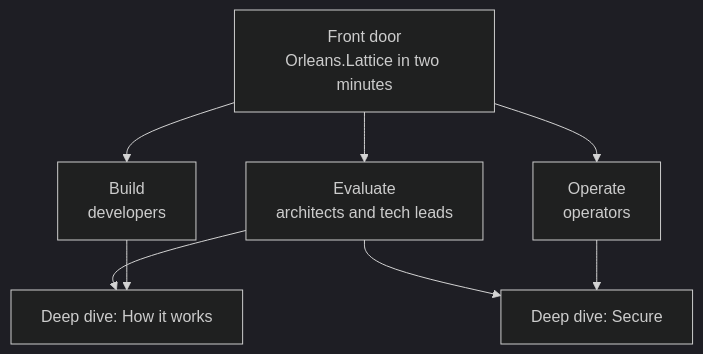
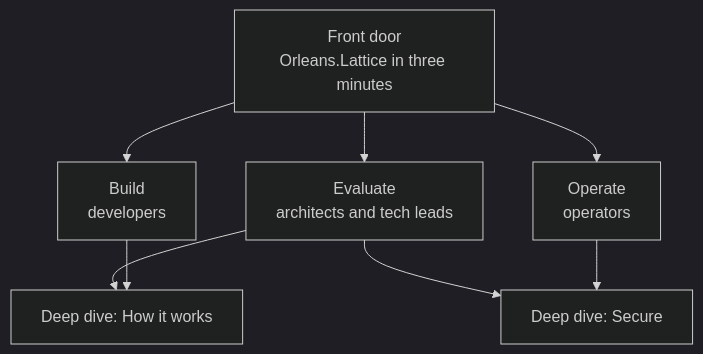
One commit to NSTA1/Orleans.Lattice changed the diagram in videos/series.md. Above: the diagram before and after it, drawn with Mermaid (dark theme). The commit also changed other lines of this file and 74 other files, not shown here.

````diff
--- a/videos/series.md
+++ b/videos/series.md
@@ -47,11 +47,11 @@
 ```mermaid
 flowchart TD
-    Door["Front door<br/>Orleans.Lattice in two minutes"]
+    Door["Front door<br/>Orleans.Lattice in three minutes"]
     Door --> Build["Build<br/>developers"]
     Door --> Evaluate["Evaluate<br/>architects and tech leads"]
     Door --> Operate["Operate<br/>operators"]
     Evaluate --> Secure["Deep dive: Secure"]
     Operate --> Secure
     Evaluate --> How["Deep dive: How it works"]
     Build --> How
 ```
````
